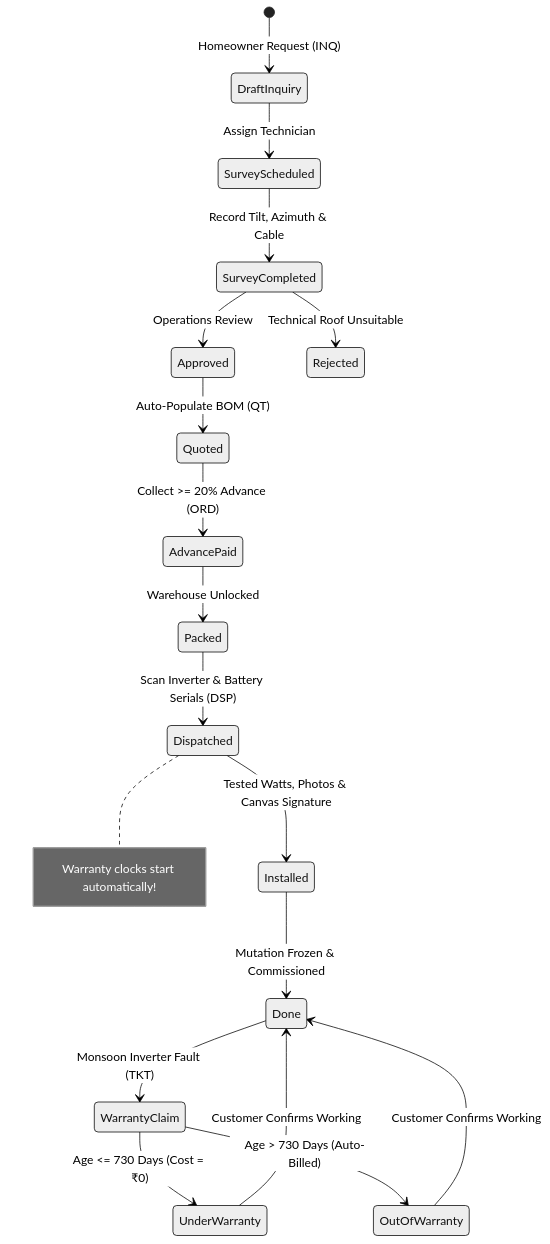
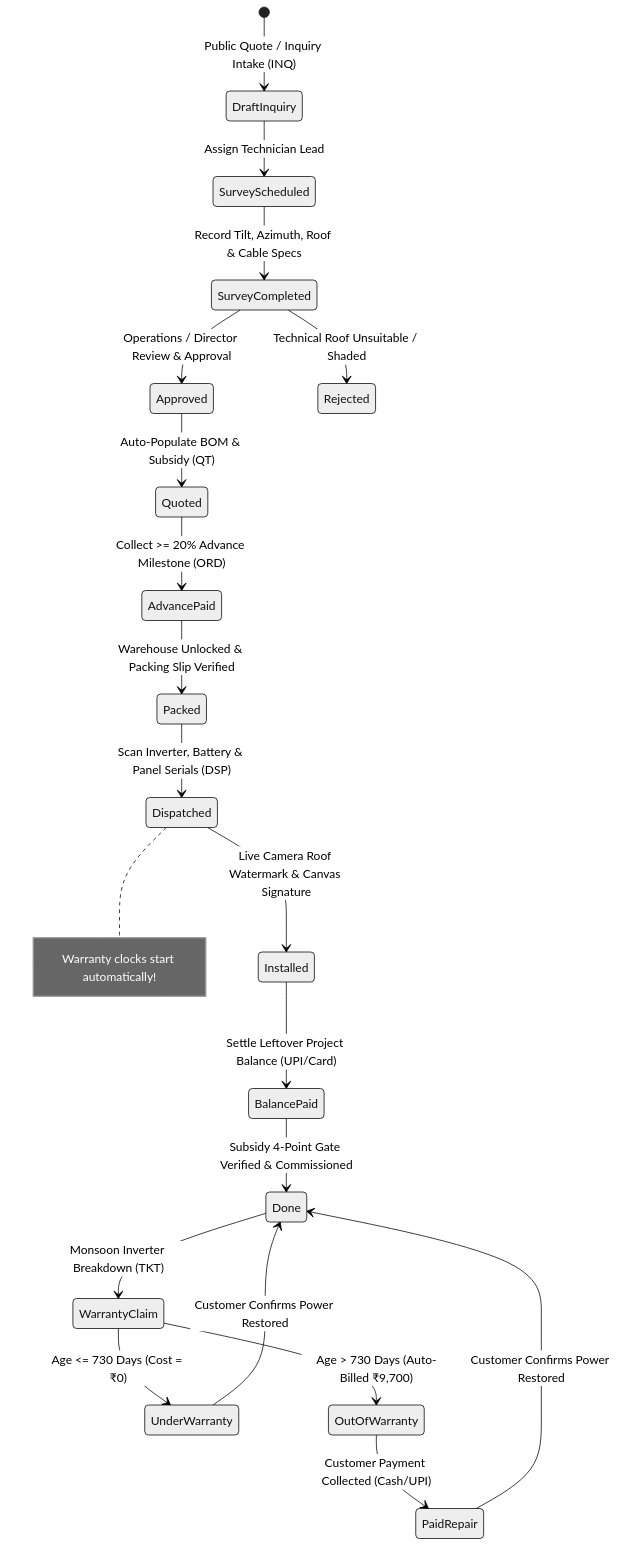
Before and after one commit to aspirant-22/SolIMS_Odoo_Hack: the second of 3 diagrams in README.md, drawn with Mermaid (neutral theme). The commit also changed other lines of this file, not shown here.

Commit message:
docs(readme): add demo video section and update final 760-record SolIMS feature set

````diff
--- a/README.md
+++ b/README.md
@@ -73,23 +151,25 @@
 ```mermaid
 stateDiagram-v2
-    [*] --> DraftInquiry: Homeowner Request (INQ)
-    DraftInquiry --> SurveyScheduled: Assign Technician
-    SurveyScheduled --> SurveyCompleted: Record Tilt, Azimuth & Cable
-    SurveyCompleted --> Approved: Operations Review
-    SurveyCompleted --> Rejected: Technical Roof Unsuitable
+    [*] --> DraftInquiry: Public Quote / Inquiry Intake (INQ)
+    DraftInquiry --> SurveyScheduled: Assign Technician Lead
+    SurveyScheduled --> SurveyCompleted: Record Tilt, Azimuth, Roof & Cable Specs
+    SurveyCompleted --> Approved: Operations / Director Review & Approval
+    SurveyCompleted --> Rejected: Technical Roof Unsuitable / Shaded
     
-    Approved --> Quoted: Auto-Populate BOM (QT)
-    Quoted --> AdvancePaid: Collect >= 20% Advance (ORD)
-    AdvancePaid --> Packed: Warehouse Unlocked
-    Packed --> Dispatched: Scan Inverter & Battery Serials (DSP)
+    Approved --> Quoted: Auto-Populate BOM & Subsidy (QT)
+    Quoted --> AdvancePaid: Collect >= 20% Advance Milestone (ORD)
+    AdvancePaid --> Packed: Warehouse Unlocked & Packing Slip Verified
+    Packed --> Dispatched: Scan Inverter, Battery & Panel Serials (DSP)
     note right of Dispatched: Warranty clocks start automatically!
     
-    Dispatched --> Installed: Tested Watts, Photos & Canvas Signature
-    Installed --> Done: Mutation Frozen & Commissioned
+    Dispatched --> Installed: Live Camera Roof Watermark & Canvas Signature
+    Installed --> BalancePaid: Settle Leftover Project Balance (UPI/Card)
+    BalancePaid --> Done: Subsidy 4-Point Gate Verified & Commissioned
     
-    Done --> WarrantyClaim: Monsoon Inverter Fault (TKT)
+    Done --> WarrantyClaim: Monsoon Inverter Breakdown (TKT)
     WarrantyClaim --> UnderWarranty: Age <= 730 Days (Cost = ₹0)
-    WarrantyClaim --> OutOfWarranty: Age > 730 Days (Auto-Billed)
-    UnderWarranty --> Done: Customer Confirms Working
-    OutOfWarranty --> Done: Customer Confirms Working
+    WarrantyClaim --> OutOfWarranty: Age > 730 Days (Auto-Billed ₹9,700)
+    UnderWarranty --> Done: Customer Confirms Power Restored
+    OutOfWarranty --> PaidRepair: Customer Payment Collected (Cash/UPI)
+    PaidRepair --> Done: Customer Confirms Power Restored
 ```
````
